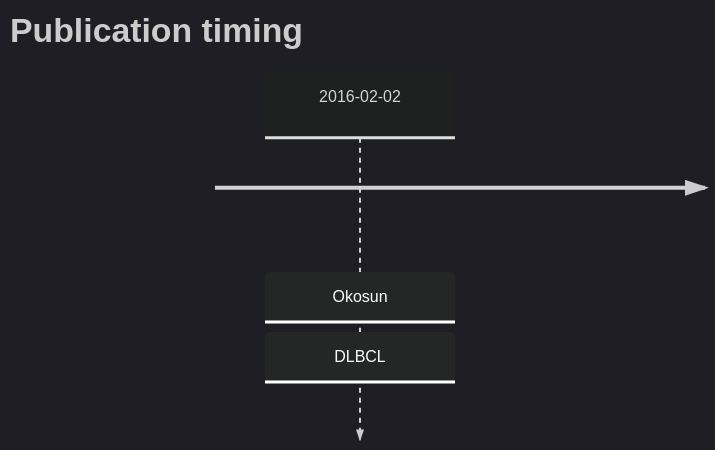
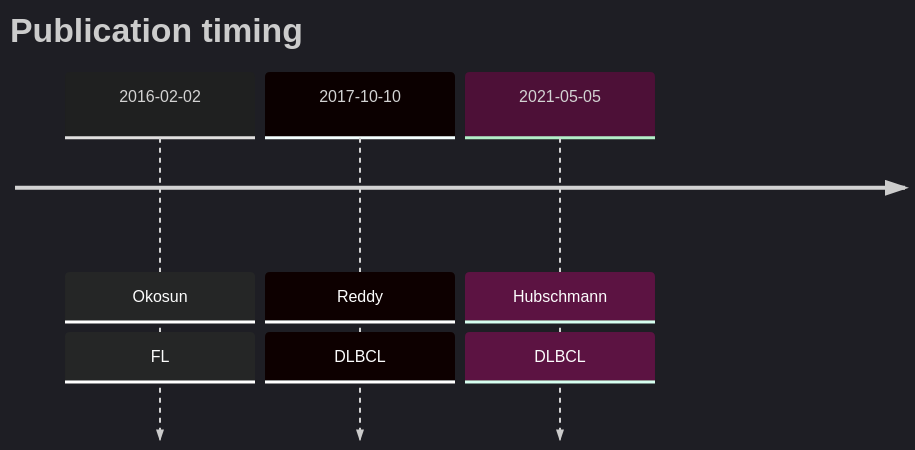
One commit to morinlab/lymphopedia changed the diagram in RRAGC.md. Above: the diagram before and after it, drawn with Mermaid.

Commit message:
update tables

````diff
--- a/RRAGC.md
+++ b/RRAGC.md
@@ -9,6 +9,8 @@
 ```mermaid
 %%{init: { 'logLevel': 'debug', 'theme': 'dark' } }%%
 timeline
     title Publication timing
-      2016-02-02 : Okosun : DLBCL
+      2016-02-02 : Okosun : FL
+      2017-10-10 : Reddy : DLBCL
+2021-05-05 : Hubschmann : DLBCL
 ```
````
